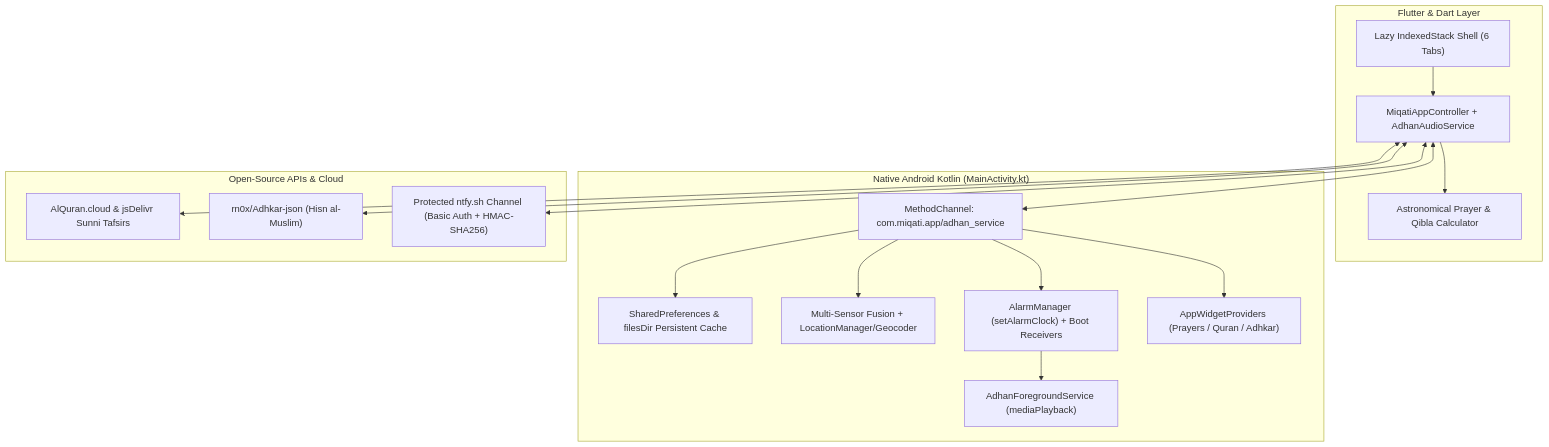
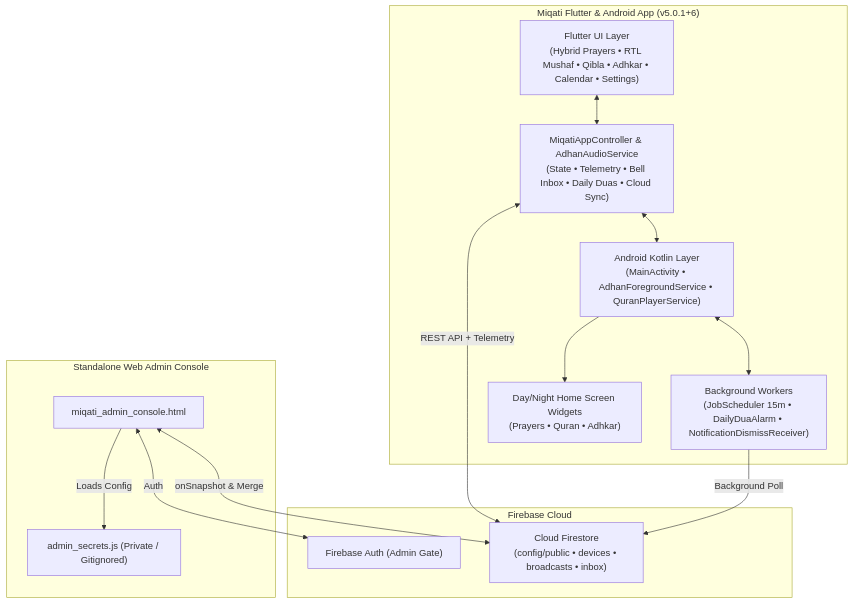
One commit to alateefs/Miqati changed the diagram in README.md. Above: the diagram before and after it, drawn with Mermaid. The commit also changed other lines of this file, not shown here.

````diff
--- a/README.md
+++ b/README.md
@@ -109,35 +111,30 @@
 ```mermaid
 flowchart TB
-    subgraph Flutter["Flutter & Dart Layer"]
-        UI["Lazy IndexedStack Shell (6 Tabs)"]
-        CTRL["MiqatiAppController + AdhanAudioService"]
-        CALC["Astronomical Prayer & Qibla Calculator"]
+    subgraph Client["Miqati Flutter & Android App (v5.0.1+6)"]
+        UI["Flutter UI Layer\n(Hybrid Prayers • RTL Mushaf • Qibla • Adhkar • Calendar • Settings)"]
+        CTRL["MiqatiAppController & AdhanAudioService\n(State • Telemetry • Bell Inbox • Daily Duas • Cloud Sync)"]
+        NATIVE["Android Kotlin Layer\n(MainActivity • AdhanForegroundService • QuranPlayerService)"]
+        BG["Background Workers\n(JobScheduler 15m • DailyDuaAlarm • NotificationDismissReceiver)"]
+        WDG["Day/Night Home Screen Widgets\n(Prayers • Quran • Adhkar)"]
     end
 
-    subgraph Native["Native Android Kotlin (MainActivity.kt)"]
-        CH["MethodChannel: com.miqati.app/adhan_service"]
-        SP["SharedPreferences & filesDir Persistent Cache"]
-        SENS["Multi-Sensor Fusion + LocationManager/Geocoder"]
-        ALM["AlarmManager (setAlarmClock) + Boot Receivers"]
-        FGS["AdhanForegroundService (mediaPlayback)"]
-        WDG["AppWidgetProviders (Prayers / Quran / Adhkar)"]
+    subgraph Cloud["Firebase Cloud"]
+        AUTH["Firebase Auth (Admin Gate)"]
+        FS["Cloud Firestore\n(config/public • devices • broadcasts • inbox)"]
     end
 
-    subgraph External["Open-Source APIs & Cloud"]
-        QAPI["AlQuran.cloud & jsDelivr Sunni Tafsirs"]
-        ADHKAR["rn0x/Adhkar-json (Hisn al-Muslim)"]
-        PUSH["Protected ntfy.sh Channel (Basic Auth + HMAC-SHA256)"]
+    subgraph Admin["Standalone Web Admin Console"]
+        WEB["miqati_admin_console.html"]
+        SEC["admin_secrets.js (Private / Gitignored)"]
     end
 
-    UI --> CTRL
-    CTRL --> CALC
-    CTRL <--> CH
-    CH --> SP
-    CH --> SENS
-    CH --> ALM
-    ALM --> FGS
-    CH --> WDG
-    CTRL <--> QAPI
-    CTRL <--> ADHKAR
-    CTRL <--> PUSH
+    UI <--> CTRL
+    CTRL <--> NATIVE
+    NATIVE <--> BG
+    NATIVE --> WDG
+    CTRL <-->|REST API + Telemetry| FS
+    BG -->|Background Poll| FS
+    WEB -->|Loads Config| SEC
+    WEB <-->|Auth| AUTH
+    WEB <-->|onSnapshot & Merge| FS
 ```
````
